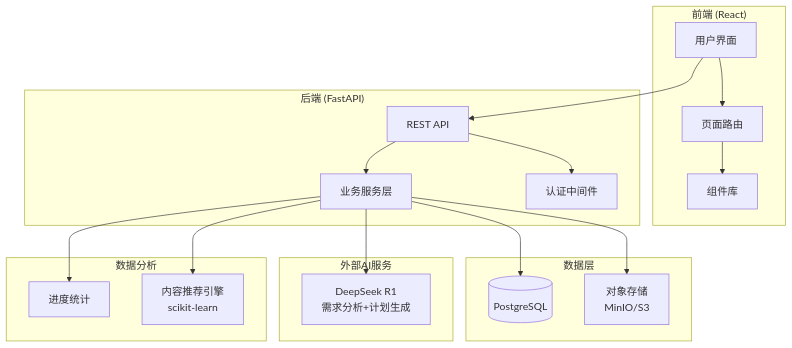
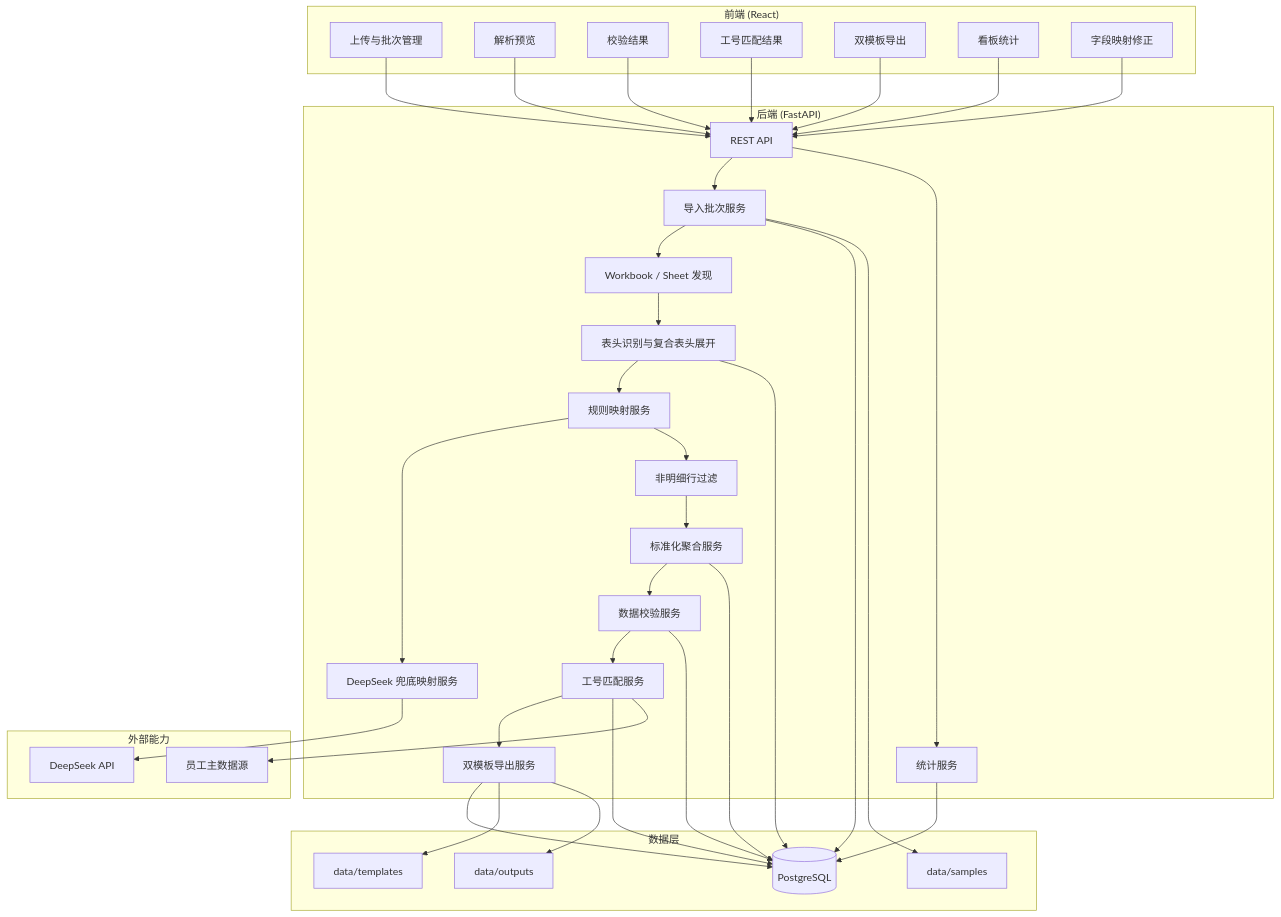
One commit to AAON66/5xyj changed the first of 5 diagrams in .claude/architecture.md. Above: the diagram before and after it, drawn with Mermaid. The commit also changed other lines of this file and 55 other files, not shown here.

````diff
--- a/.claude/architecture.md
+++ b/.claude/architecture.md
@@ -26,39 +39,73 @@
 ```mermaid
 graph TB
     subgraph Frontend["前端 (React)"]
-        UI[用户界面]
-        Pages[页面路由]
-        Components[组件库]
+        UploadUI[上传与批次管理]
+        PreviewUI[解析预览]
+        ValidationUI[校验结果]
+        MatchingUI[工号匹配结果]
+        ExportUI[双模板导出]
+        DashboardUI[看板统计]
+        MappingUI[字段映射修正]
     end
 
     subgraph Backend["后端 (FastAPI)"]
         API[REST API]
-        Services[业务服务层]
-        Auth[认证中间件]
+        BatchService[导入批次服务]
+        WorkbookService[Workbook / Sheet 发现]
+        HeaderService[表头识别与复合表头展开]
+        MappingService[规则映射服务]
+        LLMService[DeepSeek 兜底映射服务]
+        FilterService[非明细行过滤]
+        NormalizeService[标准化聚合服务]
+        ValidationService[数据校验服务]
+        MatchingService[工号匹配服务]
+        ExportService[双模板导出服务]
+        DashboardService[统计服务]
     end
 
-    subgraph Database["数据层"]
+    subgraph Data["数据层"]
         DB[(PostgreSQL)]
-        Storage[对象存储<br/>MinIO/S3]
+        Samples[data/samples]
+        Templates[data/templates]
+        Outputs[data/outputs]
     end
 
-    subgraph External["外部AI服务"]
-        DeepSeek[DeepSeek R1<br/>需求分析+计划生成]
+    subgraph External["外部能力"]
+        DeepSeek[DeepSeek API]
+        EmployeeSource[员工主数据源]
     end
 
-    subgraph Analytics["数据分析"]
-        Progress[进度统计]
-        Recommend[内容推荐引擎<br/>scikit-learn]
-    end
+    UploadUI --> API
+    PreviewUI --> API
+    ValidationUI --> API
+    MatchingUI --> API
+    ExportUI --> API
+    DashboardUI --> API
+    MappingUI --> API
 
-    UI --> Pages
-    Pages --> Components
-    UI --> API
-    API --> Auth
-    API --> Services
-    Services --> DB
-    Services --> Storage
-    Services --> DeepSeek
-    Services --> Progress
-    Services --> Recommend
+    API --> BatchService
+    API --> DashboardService
+    BatchService --> WorkbookService
+    WorkbookService --> HeaderService
+    HeaderService --> MappingService
+    MappingService --> LLMService
+    MappingService --> FilterService
+    FilterService --> NormalizeService
+    NormalizeService --> ValidationService
+    ValidationService --> MatchingService
+    MatchingService --> ExportService
+
+    BatchService --> DB
+    HeaderService --> DB
+    NormalizeService --> DB
+    ValidationService --> DB
+    MatchingService --> DB
+    ExportService --> DB
+    DashboardService --> DB
+
+    BatchService --> Samples
+    ExportService --> Templates
+    ExportService --> Outputs
+    LLMService --> DeepSeek
+    MatchingService --> EmployeeSource
 ```
````
